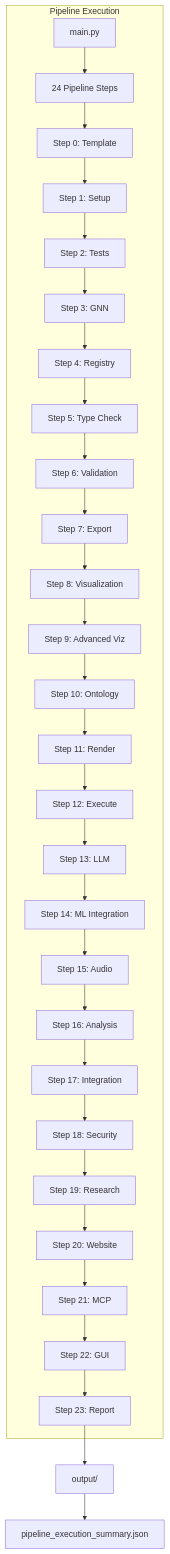
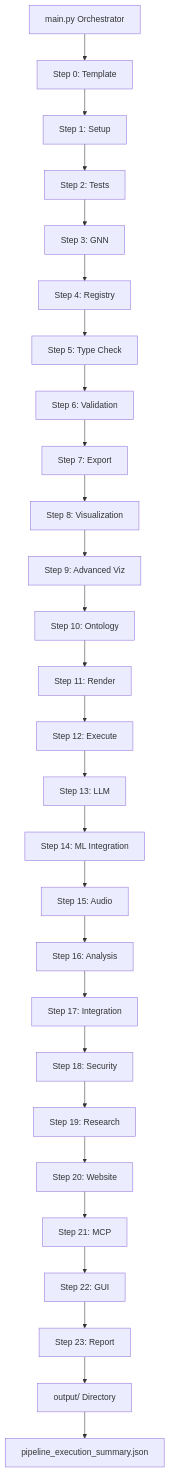
The first of 3 diagrams in doc/pipeline/README.md (ActiveInferenceInstitute/GeneralizedNotationNotation), drawn with Mermaid before and after one commit. The commit also changed other lines of this file and 151 other files, not shown here.

````diff
--- a/doc/pipeline/README.md
+++ b/doc/pipeline/README.md
@@ -70,33 +72,30 @@
 ```mermaid
-graph TB
-    subgraph "Pipeline Execution"
-        Main[main.py] --> Steps[24 Pipeline Steps]
-        Steps --> Step0[Step 0: Template]
-        Step0 --> Step1[Step 1: Setup]
-        Step1 --> Step2[Step 2: Tests]
-        Step2 --> Step3[Step 3: GNN]
-        Step3 --> Step4[Step 4: Registry]
-        Step4 --> Step5[Step 5: Type Check]
-        Step5 --> Step6[Step 6: Validation]
-        Step6 --> Step7[Step 7: Export]
-        Step7 --> Step8[Step 8: Visualization]
-        Step8 --> Step9[Step 9: Advanced Viz]
-        Step9 --> Step10[Step 10: Ontology]
-        Step10 --> Step11[Step 11: Render]
-        Step11 --> Step12[Step 12: Execute]
-        Step12 --> Step13[Step 13: LLM]
-        Step13 --> Step14[Step 14: ML Integration]
-        Step14 --> Step15[Step 15: Audio]
-        Step15 --> Step16[Step 16: Analysis]
-        Step16 --> Step17[Step 17: Integration]
-        Step17 --> Step18[Step 18: Security]
-        Step18 --> Step19[Step 19: Research]
-        Step19 --> Step20[Step 20: Website]
-        Step20 --> Step21[Step 21: MCP]
-        Step21 --> Step22[Step 22: GUI]
-        Step22 --> Step23[Step 23: Report]
-    end
+flowchart TD
+    Main[main.py Orchestrator] --> Step0[Step 0: Template]
+    Step0 --> Step1[Step 1: Setup]
+    Step1 --> Step2[Step 2: Tests]
+    Step2 --> Step3[Step 3: GNN]
+    Step3 --> Step4[Step 4: Registry]
+    Step4 --> Step5[Step 5: Type Check]
+    Step5 --> Step6[Step 6: Validation]
+    Step6 --> Step7[Step 7: Export]
+    Step7 --> Step8[Step 8: Visualization]
+    Step8 --> Step9[Step 9: Advanced Viz]
+    Step9 --> Step10[Step 10: Ontology]
+    Step10 --> Step11[Step 11: Render]
+    Step11 --> Step12[Step 12: Execute]
+    Step12 --> Step13[Step 13: LLM]
+    Step13 --> Step14[Step 14: ML Integration]
+    Step14 --> Step15[Step 15: Audio]
+    Step15 --> Step16[Step 16: Analysis]
+    Step16 --> Step17[Step 17: Integration]
+    Step17 --> Step18[Step 18: Security]
+    Step18 --> Step19[Step 19: Research]
+    Step19 --> Step20[Step 20: Website]
+    Step20 --> Step21[Step 21: MCP]
+    Step21 --> Step22[Step 22: GUI]
+    Step22 --> Step23[Step 23: Report]
     
-    Step23 --> Output[output/]
+    Step23 --> Output[output/ Directory]
     Output --> Summary[pipeline_execution_summary.json]
 ```
````
